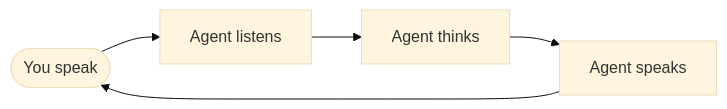
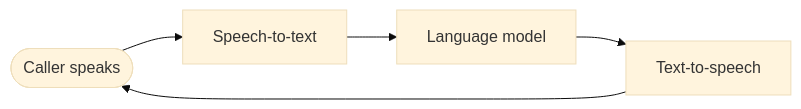
The diagram in introduction.mdx (saaniya-afreen/mintlify-docs), drawn with Mermaid (base theme) before and after one commit. The commit also changed other lines of this file and 37 other files, not shown here.

````diff
--- a/introduction.mdx
+++ b/introduction.mdx
@@ -83,7 +18,7 @@
 ```mermaid
 flowchart LR
-  User([You speak]) --> STT[Agent listens]
-  STT --> LLM[Agent thinks]
-  LLM --> TTS[Agent speaks]
+  User([Caller speaks]) --> STT[Speech-to-text]
+  STT --> LLM[Language model]
+  LLM --> TTS[Text-to-speech]
   TTS --> User
 ```
````
